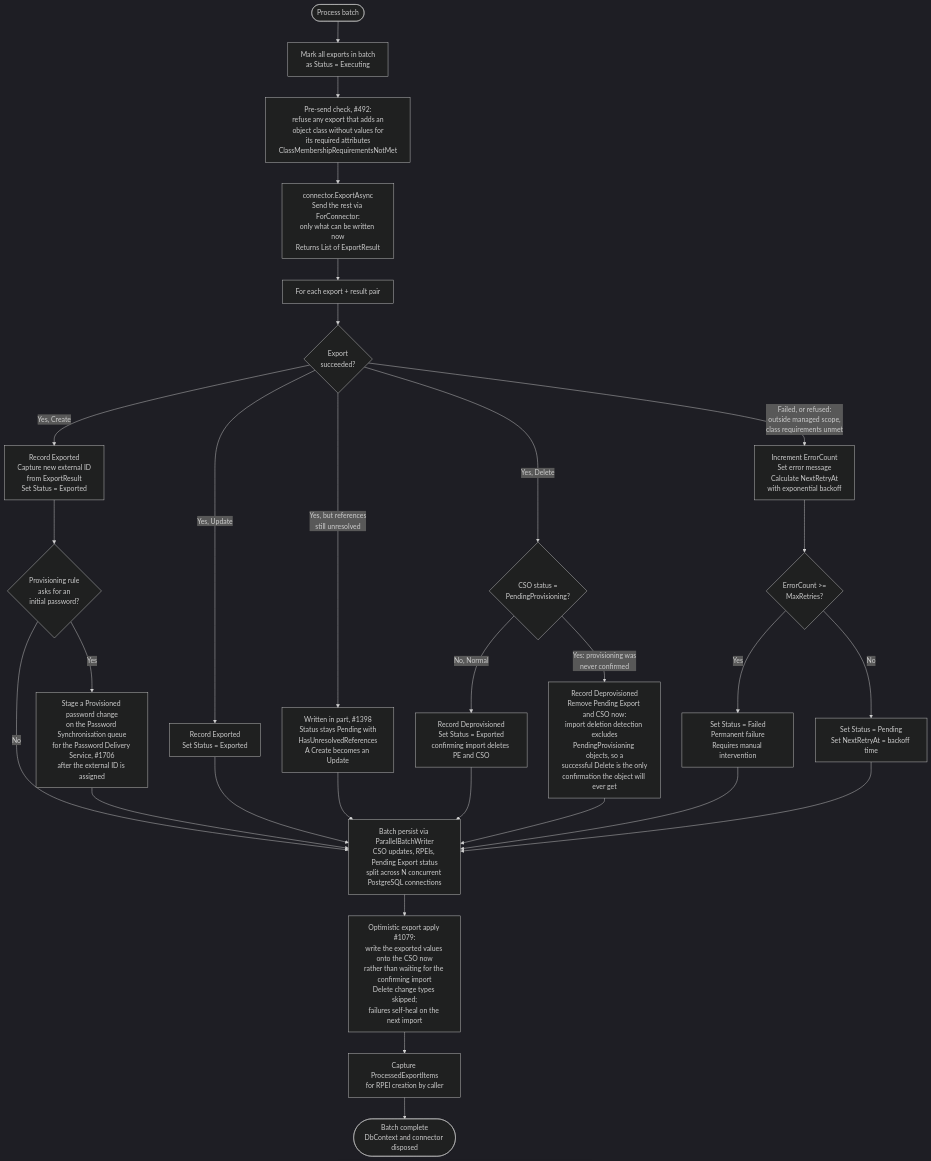
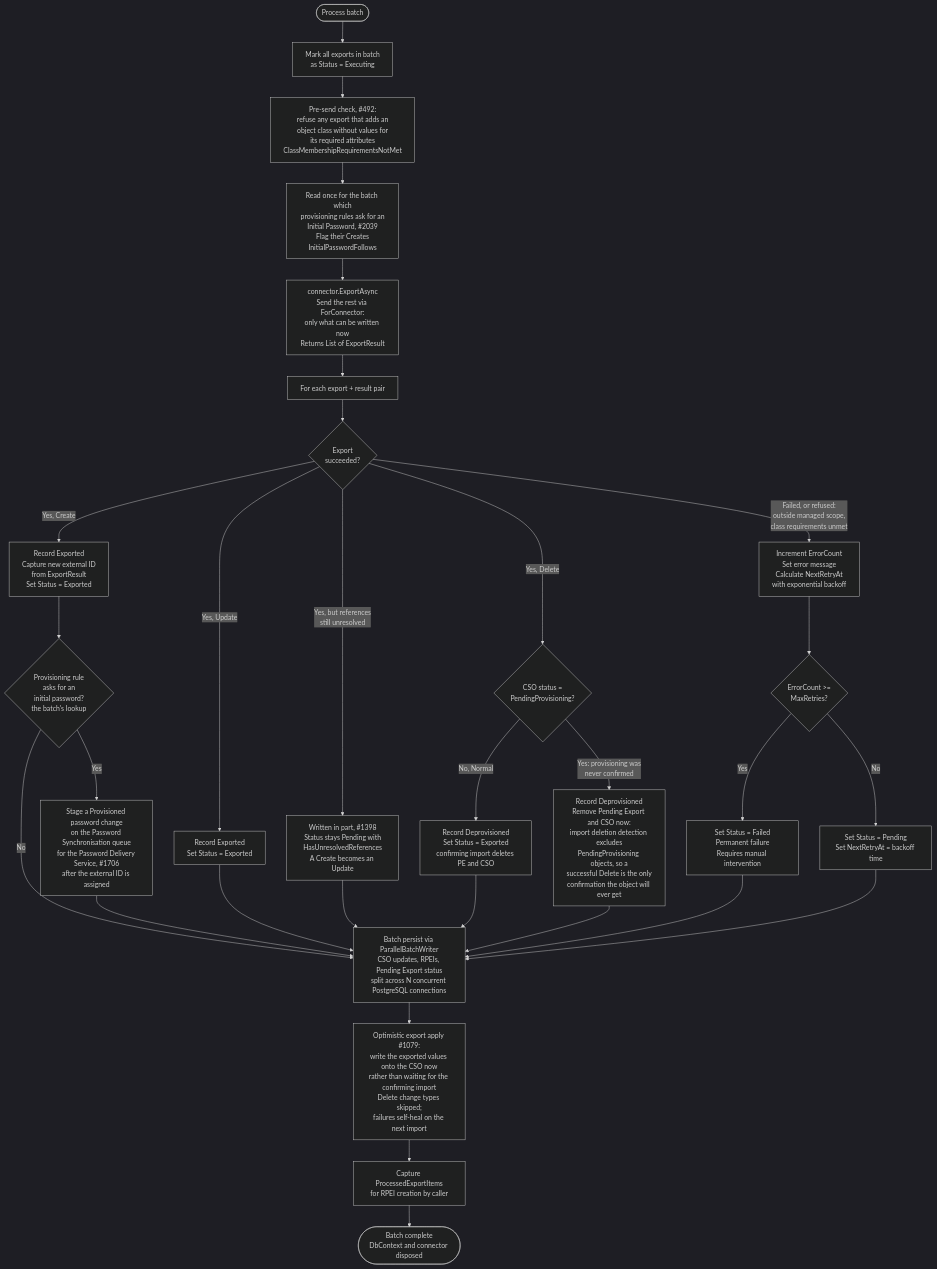
One commit to TetronIO/JIM changed the third of 5 diagrams in docs/developer/diagrams/EXPORT_EXECUTION_FLOW.md. Above: the diagram before and after it, drawn with Mermaid (dark theme). The commit also changed other lines of this file and 9 other files, not shown here.

First line of the commit message:
feat(#2039): create an Active Directory account disabled when an Initial Password follows

````diff
--- a/docs/developer/diagrams/EXPORT_EXECUTION_FLOW.md
+++ b/docs/developer/diagrams/EXPORT_EXECUTION_FLOW.md
@@ -108,35 +108,36 @@
 ```mermaid
 flowchart TD
     Start([Process batch]) --> MarkExecuting[Mark all exports in batch<br/>as Status = Executing]
     MarkExecuting --> ClassCheck[Pre-send check, #492:<br/>refuse any export that adds an<br/>object class without values for<br/>its required attributes<br/>ClassMembershipRequirementsNotMet]
-    ClassCheck --> CallConnector[connector.ExportAsync<br/>Send the rest via ForConnector:<br/>only what can be written now<br/>Returns List of ExportResult]
+    ClassCheck --> InitialPasswordLookup[Read once for the batch which<br/>provisioning rules ask for an<br/>Initial Password, #2039<br/>Flag their Creates<br/>InitialPasswordFollows]
+    InitialPasswordLookup --> CallConnector[connector.ExportAsync<br/>Send the rest via ForConnector:<br/>only what can be written now<br/>Returns List of ExportResult]
     CallConnector --> ProcessResults[For each export + result pair]
     ProcessResults --> CheckResult{Export<br/>succeeded?}
 
     CheckResult -->|Yes, Create| HandleCreate[Record Exported<br/>Capture new external ID<br/>from ExportResult<br/>Set Status = Exported]
     CheckResult -->|Yes, Update| HandleUpdate[Record Exported<br/>Set Status = Exported]
     CheckResult -->|Yes, but references<br/>still unresolved| HandlePartial[Written in part, #1398<br/>Status stays Pending with<br/>HasUnresolvedReferences<br/>A Create becomes an Update]
     CheckResult -->|Yes, Delete| CsoStatus{CSO status =<br/>PendingProvisioning?}
     CsoStatus -->|No, Normal| HandleDelete[Record Deprovisioned<br/>Set Status = Exported<br/>confirming import deletes PE and CSO]
     CsoStatus -->|Yes: provisioning was<br/>never confirmed| HandleUnconfirmedDelete[Record Deprovisioned<br/>Remove Pending Export and CSO now:<br/>import deletion detection excludes<br/>PendingProvisioning objects, so a<br/>successful Delete is the only<br/>confirmation the object will ever get]
     CheckResult -->|Failed, or refused:<br/>outside managed scope,<br/>class requirements unmet| HandleFail[Increment ErrorCount<br/>Set error message<br/>Calculate NextRetryAt<br/>with exponential backoff]
 
-    HandleCreate --> InitialPassword{Provisioning rule<br/>asks for an<br/>initial password?}
+    HandleCreate --> InitialPassword{Provisioning rule<br/>asks for an<br/>initial password?<br/>the batch's lookup}
     InitialPassword -->|Yes| StagePassword[Stage a Provisioned password change<br/>on the Password Synchronisation queue<br/>for the Password Delivery Service, #1706<br/>after the external ID is assigned]
     InitialPassword -->|No| Persist
     StagePassword --> Persist
     HandleUpdate --> Persist
     HandlePartial --> Persist
     HandleDelete --> Persist
     HandleUnconfirmedDelete --> Persist
     HandleFail --> CheckMaxRetries{ErrorCount >=<br/>MaxRetries?}
     CheckMaxRetries -->|Yes| MarkFailed[Set Status = Failed<br/>Permanent failure<br/>Requires manual intervention]
     CheckMaxRetries -->|No| SetRetry[Set Status = Pending<br/>Set NextRetryAt = backoff time]
     MarkFailed --> Persist
     SetRetry --> Persist
 
     Persist[Batch persist via ParallelBatchWriter<br/>CSO updates, RPEIs, Pending Export status<br/>split across N concurrent PostgreSQL connections]
     Persist --> Optimistic[Optimistic export apply #1079:<br/>write the exported values onto the CSO now<br/>rather than waiting for the confirming import<br/>Delete change types skipped;<br/>failures self-heal on the next import]
     Optimistic --> CaptureItems[Capture ProcessedExportItems<br/>for RPEI creation by caller]
     CaptureItems --> Done([Batch complete<br/>DbContext and connector disposed])
 ```
````
